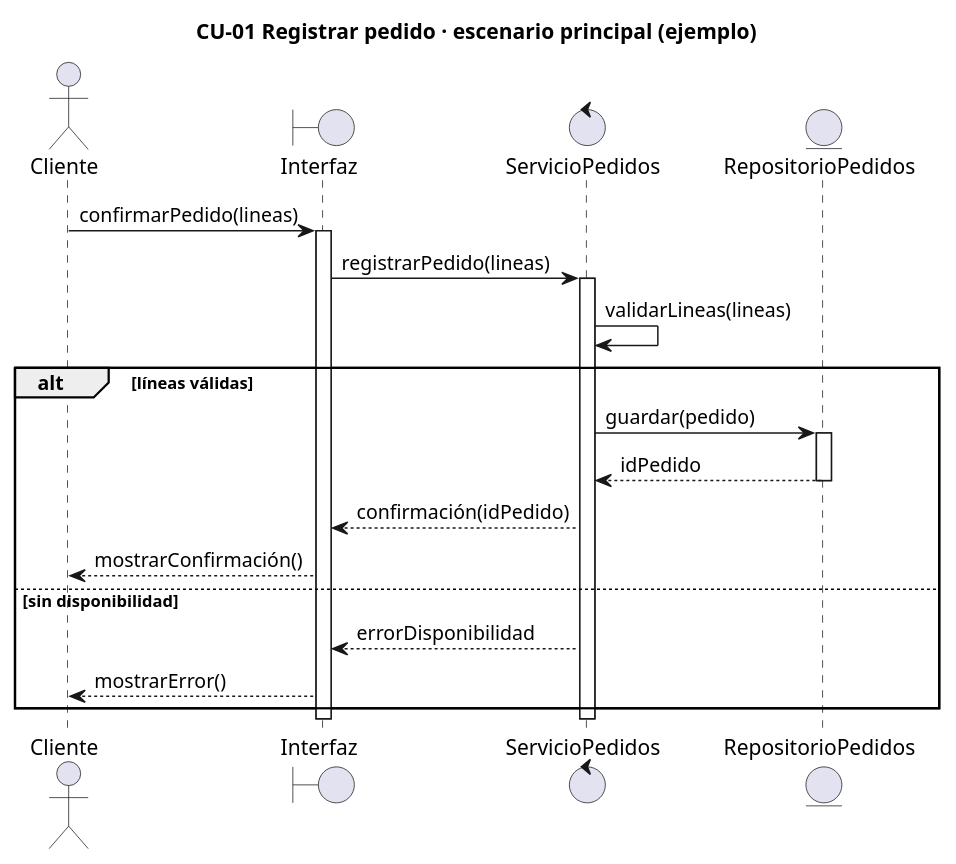
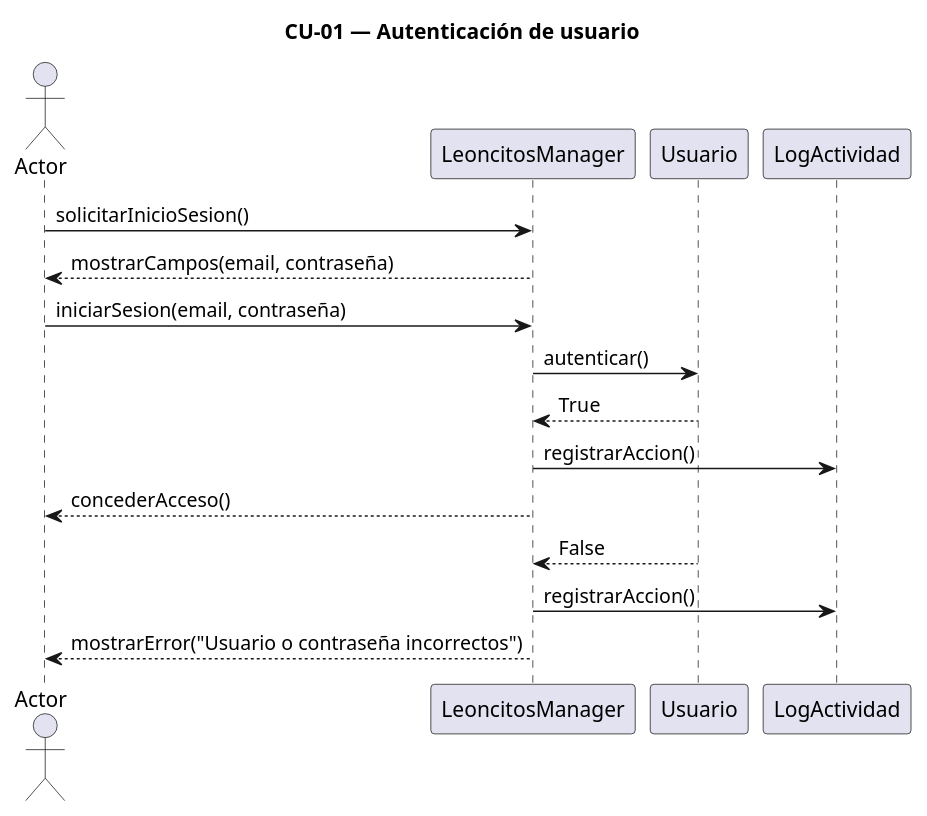
Before and after one commit to 13danilopez/Proyecto-ADAP-Leoncitos: the diagram in Entrega2/diagramas/secuencias/CU-01.puml, drawn with PlantUML. The commit also changed 13 other files, not shown here.

Commit message:
Subida de diagramas arquitectura, clases, seq y comienzo de diagrama ER

```diff
--- a/Entrega2/diagramas/secuencias/CU-01.puml
+++ b/Entrega2/diagramas/secuencias/CU-01.puml
@@ -1,25 +1,20 @@
 @startuml
-title CU-01 Registrar pedido · escenario principal (ejemplo)
-actor Cliente
-boundary "Interfaz" as UI
-control "ServicioPedidos" as S
-entity "RepositorioPedidos" as R
-Cliente -> UI : confirmarPedido(lineas)
-activate UI
-UI -> S : registrarPedido(lineas)
-activate S
-S -> S : validarLineas(lineas)
-alt líneas válidas
-  S -> R : guardar(pedido)
-  activate R
-  R --> S : idPedido
-  deactivate R
-  S --> UI : confirmación(idPedido)
-  UI --> Cliente : mostrarConfirmación()
-else sin disponibilidad
-  S --> UI : errorDisponibilidad
-  UI --> Cliente : mostrarError()
-end
-deactivate S
-deactivate UI
+title CU-01 — Autenticación de usuario
+
+actor "Actor"
+participant "LeoncitosManager"
+participant "Usuario"
+participant "LogActividad"
+
+"Actor" -> "LeoncitosManager" : solicitarInicioSesion()
+"LeoncitosManager" --> "Actor" : mostrarCampos(email, contraseña)
+"Actor" -> "LeoncitosManager" : iniciarSesion(email, contraseña)
+"LeoncitosManager" -> "Usuario" : autenticar()
+"Usuario" --> "LeoncitosManager" : True
+"LeoncitosManager" -> "LogActividad" : registrarAccion()
+"LeoncitosManager" --> "Actor" : concederAcceso()
+"Usuario" --> "LeoncitosManager" : False
+"LeoncitosManager" -> "LogActividad" : registrarAccion()
+"LeoncitosManager" --> "Actor" : mostrarError("Usuario o contraseña incorrectos")
+
 @enduml
```
